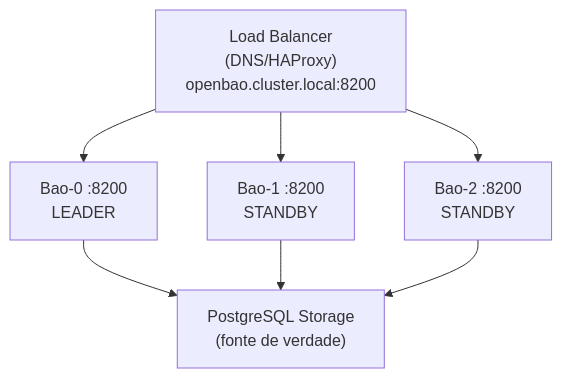
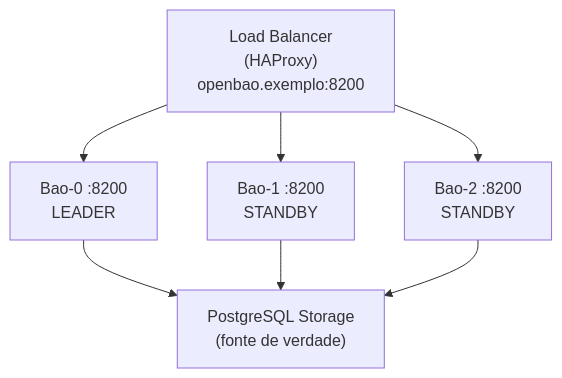
The diagram in src/content/docs/guides/tasks/secrets/configure-openbao-high-availability.mdx (guesant/infrastructure-and-cluster-notebook), drawn with Mermaid before and after one commit. The commit also changed other lines of this file and 134 other files, not shown here.

````diff
--- a/src/content/docs/guides/tasks/secrets/configure-openbao-high-availability.mdx
+++ b/src/content/docs/guides/tasks/secrets/configure-openbao-high-availability.mdx
@@ -16,18 +17,18 @@
 ```mermaid
 graph TB
-    LB["Load Balancer<br/>(DNS/HAProxy)<br/>openbao.cluster.local:8200"]
+    LB["Load Balancer<br/>(HAProxy)<br/>openbao.exemplo:8200"]
     
     Bao0["Bao-0 :8200<br/>LEADER"]
     Bao1["Bao-1 :8200<br/>STANDBY"]
     Bao2["Bao-2 :8200<br/>STANDBY"]
     
     DB["PostgreSQL Storage<br/>(fonte de verdade)"]
     
     LB --> Bao0
     LB --> Bao1
     LB --> Bao2
     
     Bao0 --> DB
     Bao1 --> DB
     Bao2 --> DB
 ```
````
